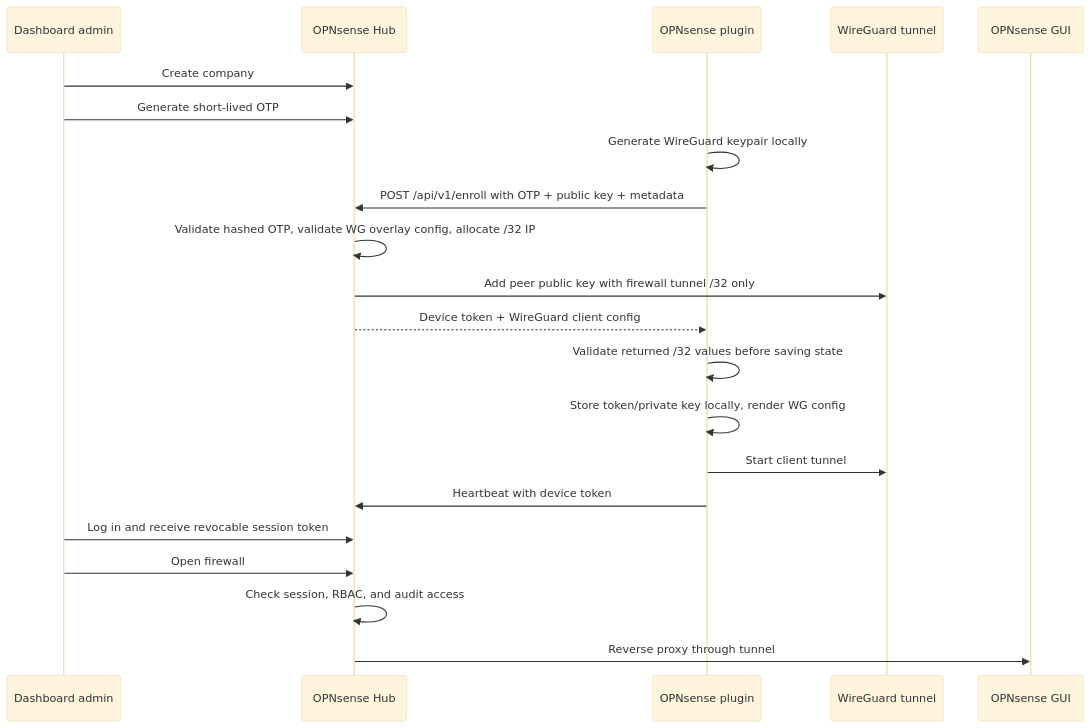
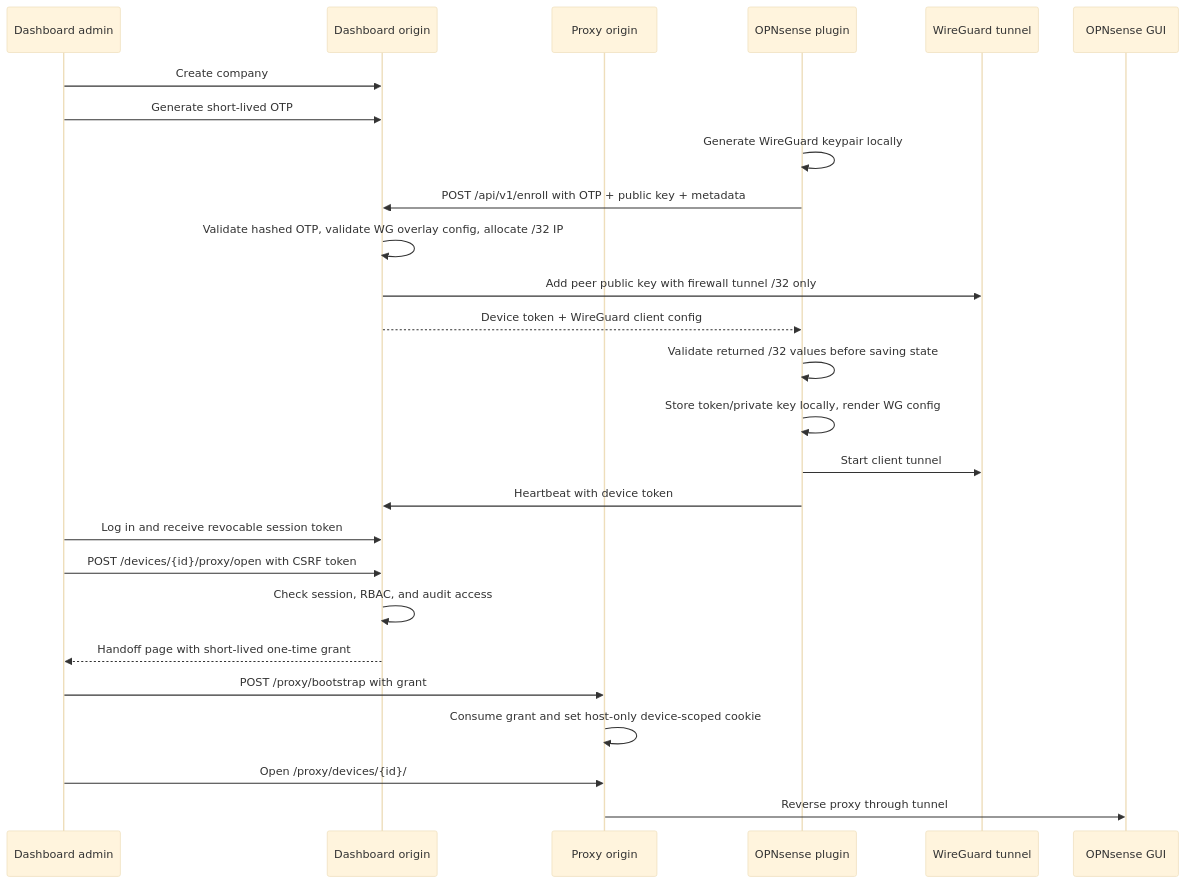
The diagram in docs/architecture.md (albercuba/OPNsense-Hub), drawn with Mermaid (base theme) before and after one commit. The commit also changed other lines of this file and 22 other files, not shown here.

Commit message:
fix: isolate firewall proxy on dedicated origin

````diff
--- a/docs/architecture.md
+++ b/docs/architecture.md
@@ -12,24 +12,29 @@
 ```mermaid
 sequenceDiagram
     participant Admin as Dashboard admin
-    participant Hub as OPNsense Hub
+    participant Hub as Dashboard origin
+    participant Proxy as Proxy origin
     participant Plugin as OPNsense plugin
     participant WG as WireGuard tunnel
     participant FW as OPNsense GUI
 
     Admin->>Hub: Create company
     Admin->>Hub: Generate short-lived OTP
     Plugin->>Plugin: Generate WireGuard keypair locally
     Plugin->>Hub: POST /api/v1/enroll with OTP + public key + metadata
     Hub->>Hub: Validate hashed OTP, validate WG overlay config, allocate /32 IP
     Hub->>WG: Add peer public key with firewall tunnel /32 only
     Hub-->>Plugin: Device token + WireGuard client config
     Plugin->>Plugin: Validate returned /32 values before saving state
     Plugin->>Plugin: Store token/private key locally, render WG config
     Plugin->>WG: Start client tunnel
     Plugin->>Hub: Heartbeat with device token
     Admin->>Hub: Log in and receive revocable session token
-    Admin->>Hub: Open firewall
+    Admin->>Hub: POST /devices/{id}/proxy/open with CSRF token
     Hub->>Hub: Check session, RBAC, and audit access
-    Hub->>FW: Reverse proxy through tunnel
+    Hub-->>Admin: Handoff page with short-lived one-time grant
+    Admin->>Proxy: POST /proxy/bootstrap with grant
+    Proxy->>Proxy: Consume grant and set host-only device-scoped cookie
+    Admin->>Proxy: Open /proxy/devices/{id}/
+    Proxy->>FW: Reverse proxy through tunnel
 ```
````
